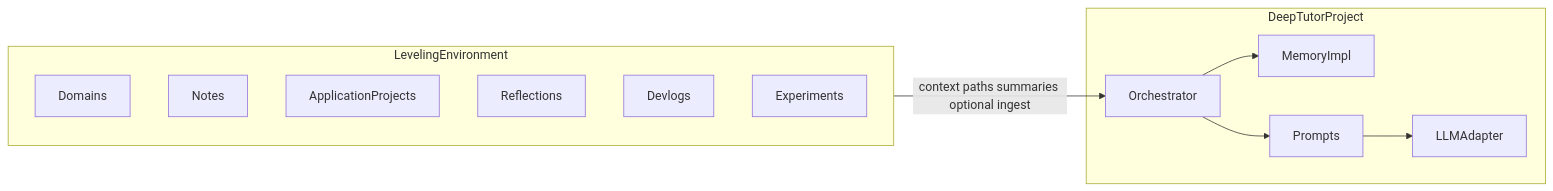
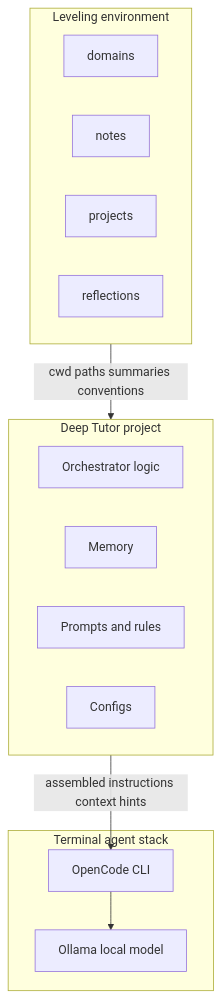
One commit to J0na555/deep-tutor changed the first of 3 diagrams in docs/system-design.md. Above: the diagram before and after it, drawn with Mermaid. The commit also changed other lines of this file and 12 other files, not shown here.

Commit message:
docs: redefine Deep Tutor architecture and workflow

````diff
--- a/docs/system-design.md
+++ b/docs/system-design.md
@@ -44,21 +72,22 @@
 ```mermaid
-flowchart LR
-  subgraph deepTutor [DeepTutorProject]
-    orch[Orchestrator]
-    mem[MemoryImpl]
-    prompts[Prompts]
-    llm[LLMAdapter]
+flowchart TB
+  subgraph leveling [Leveling environment]
+    domains[domains]
+    notes[notes]
+    projects[projects]
+    refl[reflections]
   end
-  subgraph leveling [LevelingEnvironment]
-    domains[Domains]
-    notes[Notes]
-    projects[ApplicationProjects]
-    refl[Reflections]
-    logs[Devlogs]
-    exp[Experiments]
+  subgraph dt [Deep Tutor project]
+    orch[Orchestrator logic]
+    mem[Memory]
+    prompts[Prompts and rules]
+    cfg[Configs]
   end
-  leveling -->|"context paths summaries optional ingest"| orch
-  orch --> mem
-  orch --> prompts
-  prompts --> llm
+  subgraph term [Terminal agent stack]
+    oc[OpenCode CLI]
+    llm[Ollama local model]
+  end
+  leveling -->|cwd paths summaries conventions| dt
+  dt -->|assembled instructions context hints| oc
+  oc --> llm
 ```
````
